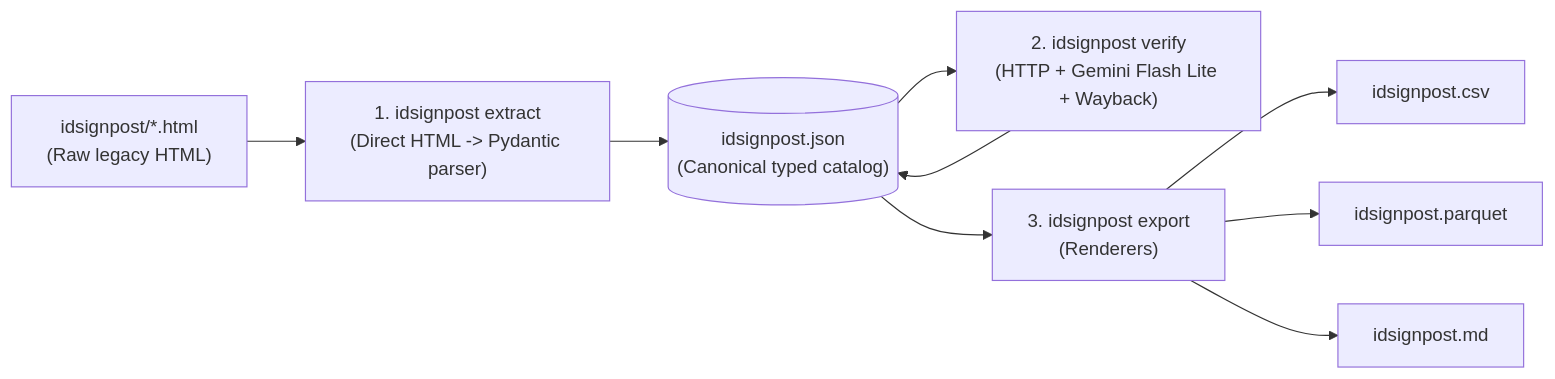
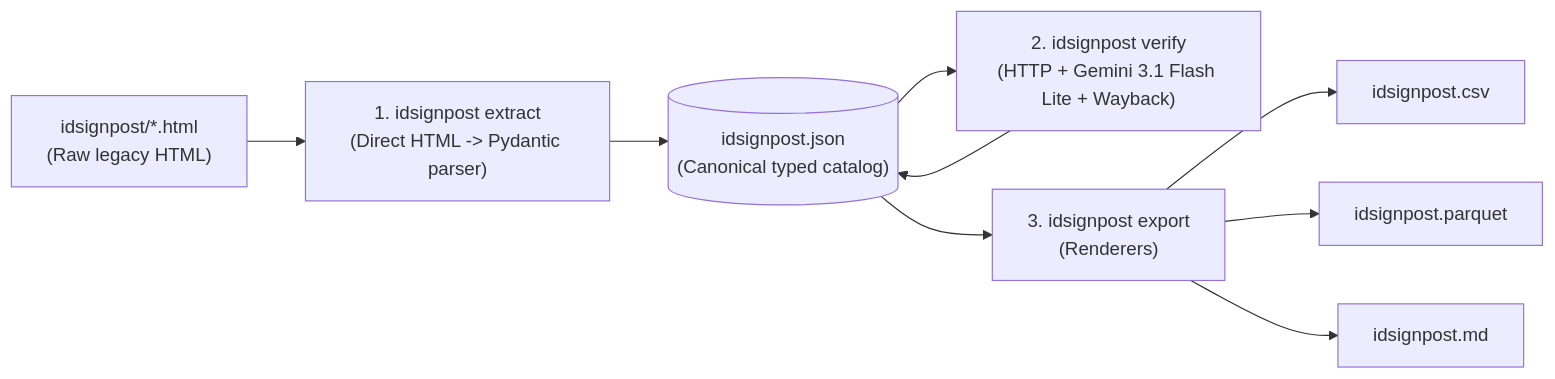
Before and after one commit to charlesroper/FSCLegacy-fscbiodiversity.uk-idsignpost: the first of 2 diagrams in SPEC.md, drawn with Mermaid. The commit also changed other lines of this file and 1 other file, not shown here.

First line of the commit message:
Update Gemini model to 3.1 Flash Lite in spec

````diff
--- a/SPEC.md
+++ b/SPEC.md
@@ -28,11 +28,11 @@
 ```mermaid
 flowchart LR
     HTML["idsignpost/*.html\n(Raw legacy HTML)"] --> EXTRACT["1. idsignpost extract\n(Direct HTML -> Pydantic parser)"]
     EXTRACT --> JSON[("idsignpost.json\n(Canonical typed catalog)")]
-    JSON --> VERIFY["2. idsignpost verify\n(HTTP + Gemini Flash Lite + Wayback)"]
+    JSON --> VERIFY["2. idsignpost verify\n(HTTP + Gemini 3.1 Flash Lite + Wayback)"]
     VERIFY --> JSON
     JSON --> EXPORT["3. idsignpost export\n(Renderers)"]
     EXPORT --> CSV["idsignpost.csv"]
     EXPORT --> PARQUET["idsignpost.parquet"]
     EXPORT --> MD["idsignpost.md"]
 ```
````
